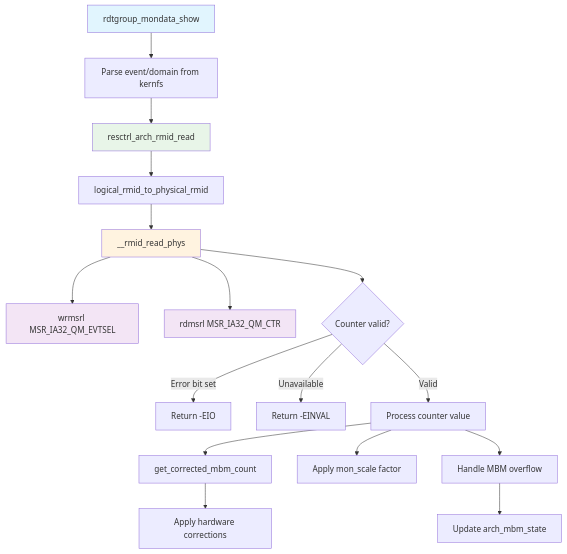
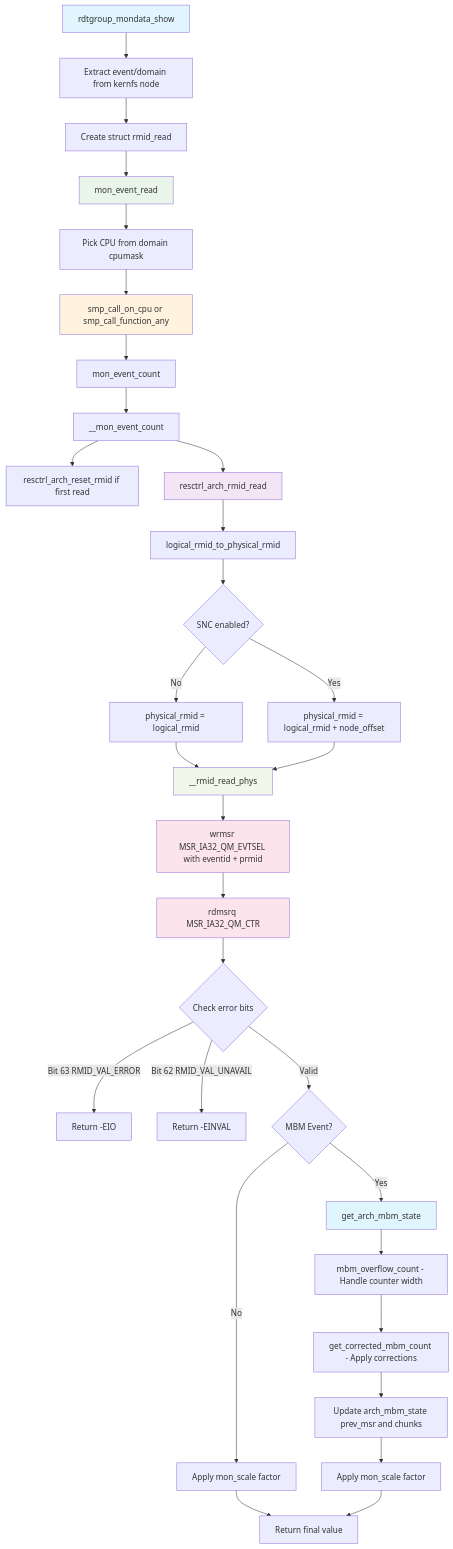
One commit to torvalds/linux changed the sixth of 26 diagrams in scratchpad/x64-resctrl-diagrams.md. Above: the diagram before and after it, drawn with Mermaid. The commit also changed other lines of this file, not shown here.

Commit message:
add diagrams

````diff
--- a/scratchpad/x64-resctrl-diagrams.md
+++ b/scratchpad/x64-resctrl-diagrams.md
@@ -137,29 +205,50 @@
 ```mermaid
 graph TD
-    A[rdtgroup_mondata_show] --> C[Parse event/domain from kernfs]
-    C --> D[resctrl_arch_rmid_read]
+    A[rdtgroup_mondata_show] --> B[Extract event/domain from kernfs node]
+    B --> C[Create struct rmid_read]
+    C --> D[mon_event_read]
     
-    D --> E[logical_rmid_to_physical_rmid]
-    E --> F[__rmid_read_phys]
+    D --> E[Pick CPU from domain cpumask]
+    E --> F[smp_call_on_cpu or smp_call_function_any]
+    F --> G[mon_event_count]
     
-    F --> G[wrmsrl MSR_IA32_QM_EVTSEL]
-    F --> H[rdmsrl MSR_IA32_QM_CTR]
-    F --> I{Counter valid?}
-    I -->|Error bit set| J[Return -EIO]
-    I -->|Unavailable| K[Return -EINVAL]
-    I -->|Valid| L[Process counter value]
+    G --> H[__mon_event_count]
+    H --> I[resctrl_arch_reset_rmid if first read]
+    H --> J[resctrl_arch_rmid_read]
     
-    L --> M[get_corrected_mbm_count]
-    L --> N[Apply mon_scale factor]
-    L --> O[Handle MBM overflow]
+    J --> K[logical_rmid_to_physical_rmid]
+    K --> L{SNC enabled?}
+    L -->|No| M[physical_rmid = logical_rmid]
+    L -->|Yes| N[physical_rmid = logical_rmid + node_offset]
     
-    M --> P[Apply hardware corrections]
-    O --> Q[Update arch_mbm_state]
+    M --> O[__rmid_read_phys]
+    N --> O
     
+    O --> P[wrmsr MSR_IA32_QM_EVTSEL with eventid + prmid]
+    P --> Q[rdmsrq MSR_IA32_QM_CTR]
+    Q --> R{Check error bits}
+    
+    R -->|Bit 63 RMID_VAL_ERROR| S[Return -EIO]
+    R -->|Bit 62 RMID_VAL_UNAVAIL| T[Return -EINVAL]
+    R -->|Valid| U{MBM Event?}
+    
+    U -->|Yes| V[get_arch_mbm_state]
+    U -->|No| W[Apply mon_scale factor]
+    
+    V --> X[mbm_overflow_count - Handle counter width]
+    X --> Y[get_corrected_mbm_count - Apply corrections]
+    Y --> Z[Update arch_mbm_state prev_msr and chunks]
+    Z --> AA[Apply mon_scale factor]
+    
+    W --> BB[Return final value]
+    AA --> BB
     
     style A fill:#e1f5fe
     style D fill:#e8f5e8
     style F fill:#fff3e0
-    style G fill:#f3e5f5
-    style H fill:#f3e5f5
+    style J fill:#f3e5f5
+    style O fill:#f1f8e9
+    style P fill:#fce4ec
+    style Q fill:#fce4ec
+    style V fill:#e1f5fe
 ```
````
